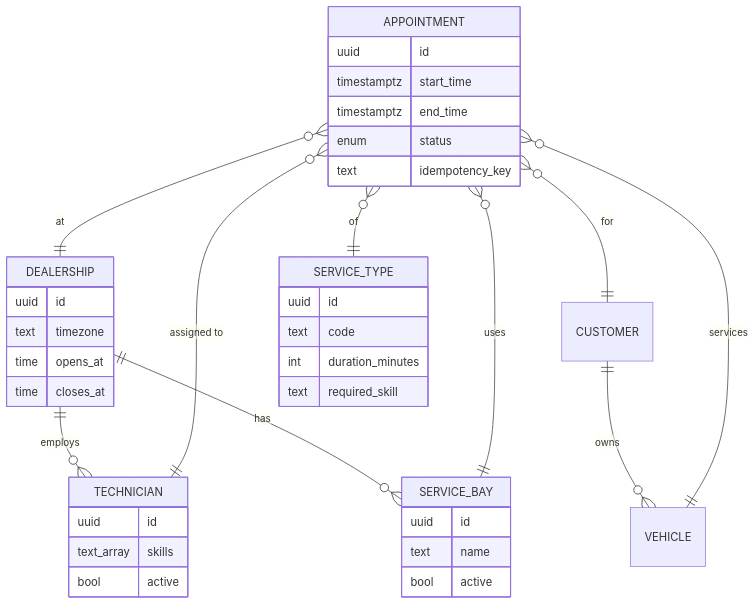
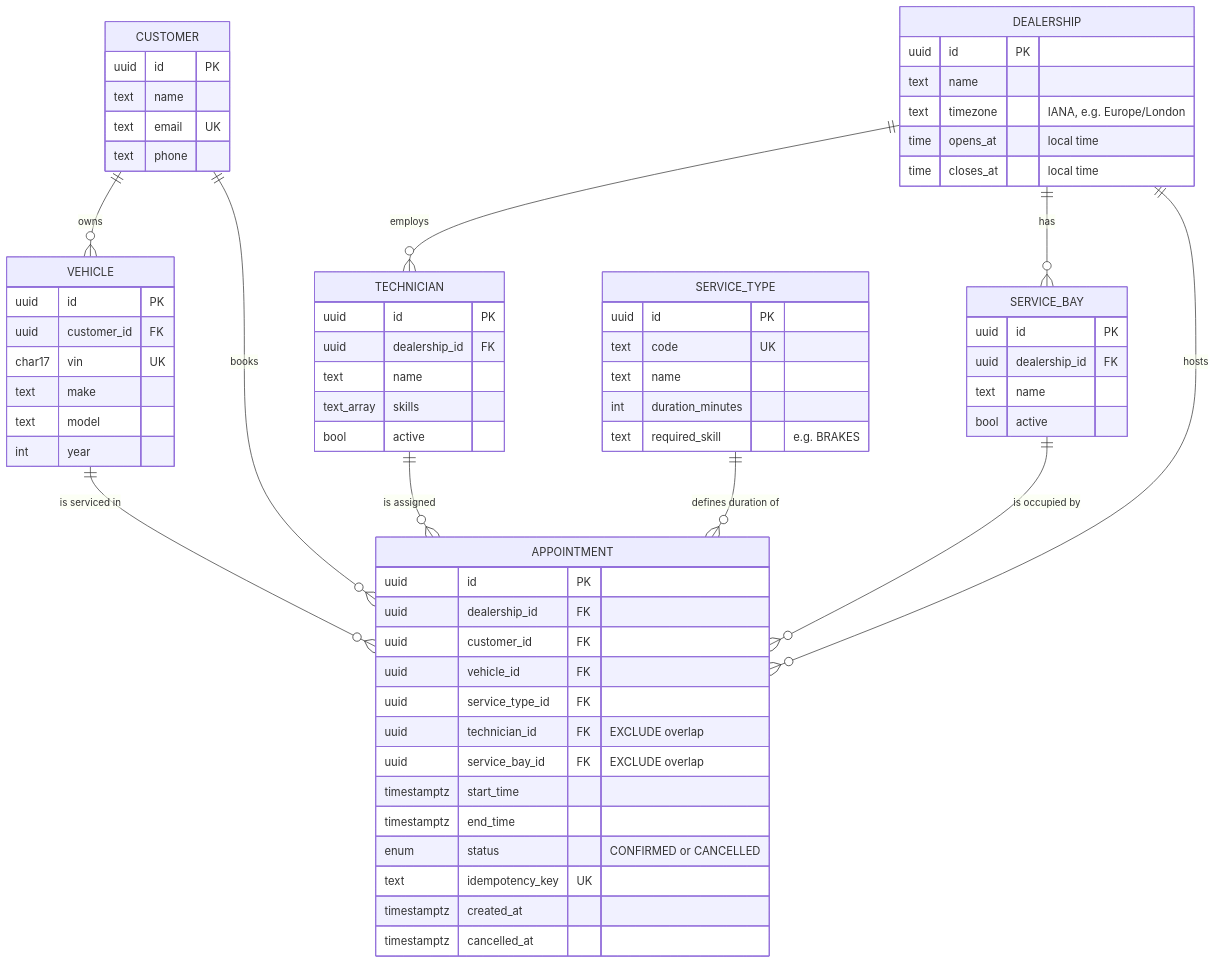
The second of 3 diagrams in docs/SYSTEM_DESIGN.md (hoaibkdn/keyloop_assessment), drawn with Mermaid before and after one commit. The commit also changed other lines of this file and 16 other files, not shown here.

First line of the commit message:
Add architecture diagram set (Mermaid sources + PNG exports)

````diff
--- a/docs/SYSTEM_DESIGN.md
+++ b/docs/SYSTEM_DESIGN.md
@@ -82,17 +86,69 @@
 ```mermaid
 erDiagram
     DEALERSHIP ||--o{ TECHNICIAN : employs
     DEALERSHIP ||--o{ SERVICE_BAY : has
     CUSTOMER ||--o{ VEHICLE : owns
-    APPOINTMENT }o--|| DEALERSHIP : at
-    APPOINTMENT }o--|| CUSTOMER : for
-    APPOINTMENT }o--|| VEHICLE : services
-    APPOINTMENT }o--|| SERVICE_TYPE : of
-    APPOINTMENT }o--|| TECHNICIAN : "assigned to"
-    APPOINTMENT }o--|| SERVICE_BAY : "uses"
-    DEALERSHIP { uuid id text timezone time opens_at time closes_at }
-    SERVICE_TYPE { uuid id text code int duration_minutes text required_skill }
-    TECHNICIAN { uuid id text_array skills bool active }
-    SERVICE_BAY { uuid id text name bool active }
-    APPOINTMENT { uuid id timestamptz start_time timestamptz end_time enum status text idempotency_key }
+    DEALERSHIP ||--o{ APPOINTMENT : hosts
+    CUSTOMER ||--o{ APPOINTMENT : books
+    VEHICLE ||--o{ APPOINTMENT : "is serviced in"
+    SERVICE_TYPE ||--o{ APPOINTMENT : "defines duration of"
+    TECHNICIAN ||--o{ APPOINTMENT : "is assigned"
+    SERVICE_BAY ||--o{ APPOINTMENT : "is occupied by"
+
+    DEALERSHIP {
+        uuid id PK
+        text name
+        text timezone "IANA, e.g. Europe/London"
+        time opens_at "local time"
+        time closes_at "local time"
+    }
+    SERVICE_TYPE {
+        uuid id PK
+        text code UK
+        text name
+        int duration_minutes
+        text required_skill "e.g. BRAKES"
+    }
+    TECHNICIAN {
+        uuid id PK
+        uuid dealership_id FK
+        text name
+        text_array skills
+        bool active
+    }
+    SERVICE_BAY {
+        uuid id PK
+        uuid dealership_id FK
+        text name
+        bool active
+    }
+    CUSTOMER {
+        uuid id PK
+        text name
+        text email UK
+        text phone
+    }
+    VEHICLE {
+        uuid id PK
+        uuid customer_id FK
+        char17 vin UK
+        text make
+        text model
+        int year
+    }
+    APPOINTMENT {
+        uuid id PK
+        uuid dealership_id FK
+        uuid customer_id FK
+        uuid vehicle_id FK
+        uuid service_type_id FK
+        uuid technician_id FK "EXCLUDE overlap"
+        uuid service_bay_id FK "EXCLUDE overlap"
+        timestamptz start_time
+        timestamptz end_time
+        enum status "CONFIRMED or CANCELLED"
+        text idempotency_key UK
+        timestamptz created_at
+        timestamptz cancelled_at
+    }
 ```
````
